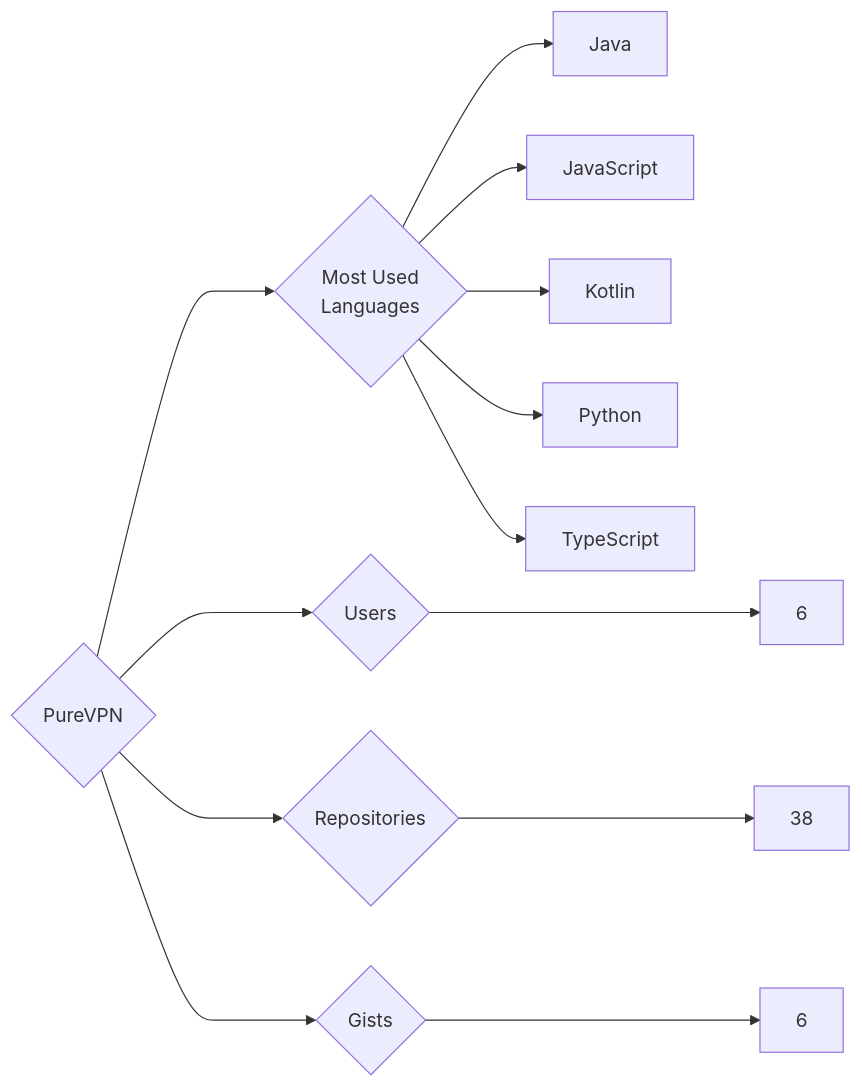
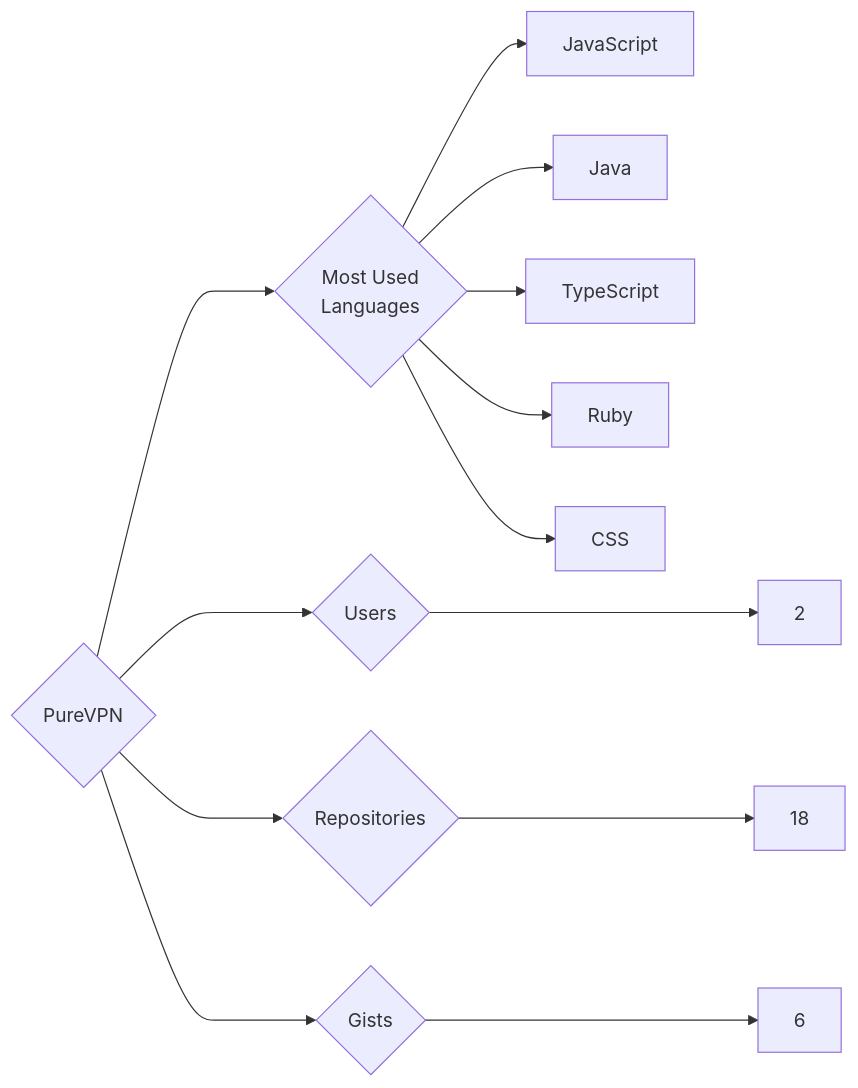
The diagram in targets/PureVPN/README.md (trickest/insiders), drawn with Mermaid before and after one commit. The commit also changed 715 other files, not shown here.

````diff
--- a/targets/PureVPN/README.md
+++ b/targets/PureVPN/README.md
@@ -3,13 +3,13 @@
 ```mermaid
 graph LR
 COMPANY_NAME{PureVPN}
-COMPANY_NAME ---> U{Users} ---> UN[6]
-COMPANY_NAME ---> R{Repositories} ---> RN[38]
+COMPANY_NAME ---> U{Users} ---> UN[2]
+COMPANY_NAME ---> R{Repositories} ---> RN[18]
 COMPANY_NAME ---> G{Gists} ---> GN[6]
 COMPANY_NAME ---> ML{Most Used<br>Languages}
+ML --> JavaScript[JavaScript]
 ML --> Java[Java]
-ML --> JavaScript[JavaScript]
-ML --> Kotlin[Kotlin]
-ML --> Python[Python]
 ML --> TypeScript[TypeScript]
+ML --> Ruby[Ruby]
+ML --> CSS[CSS]
 ```
````
